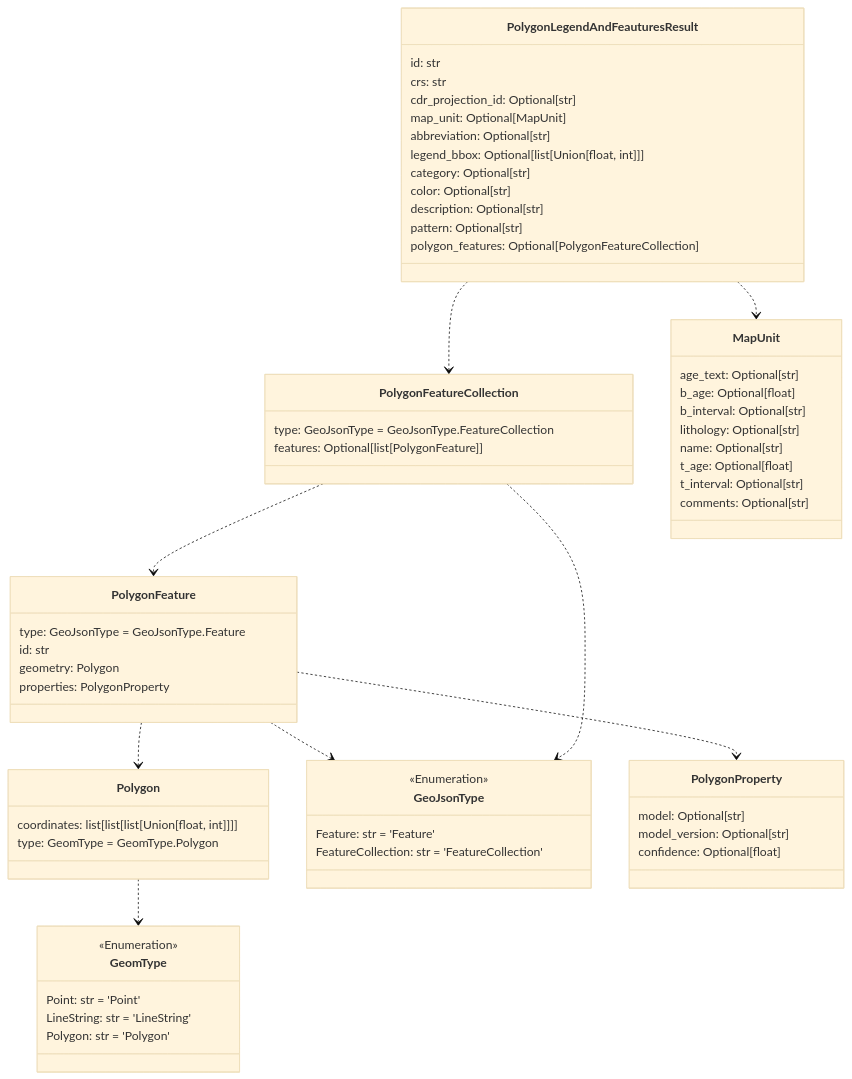
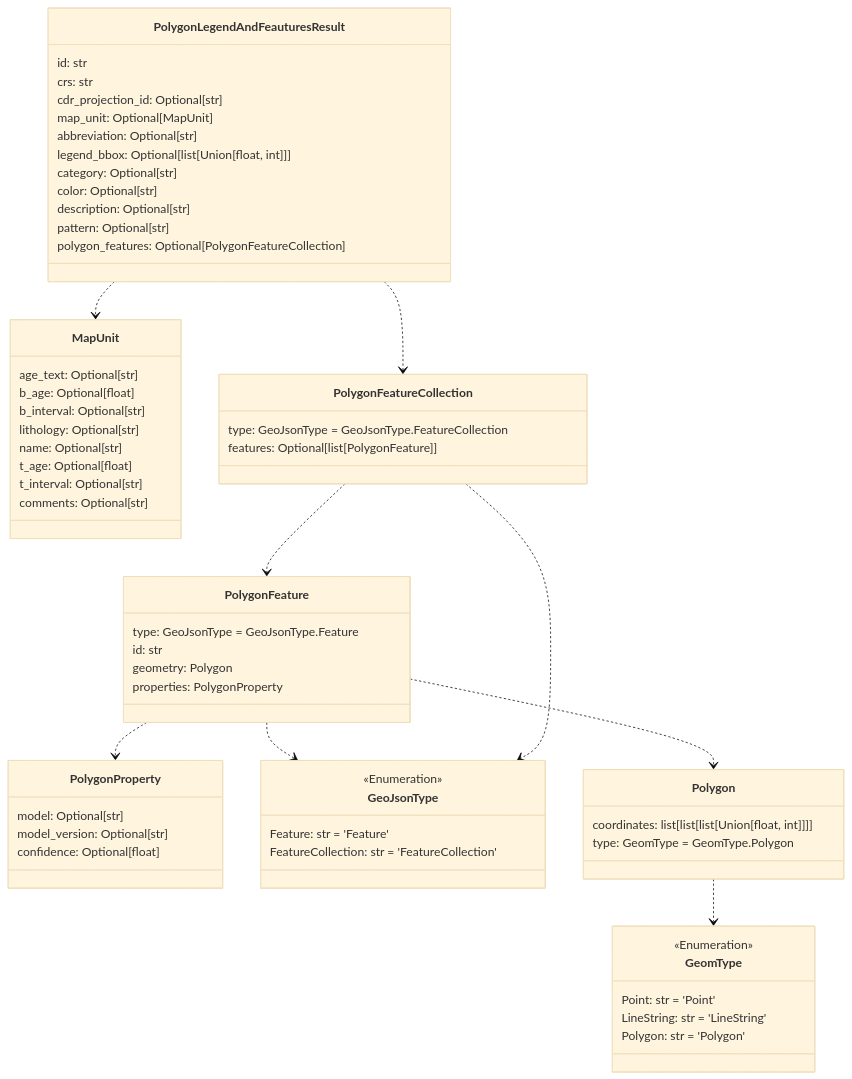
The seventh of 12 diagrams in README.md (DARPA-CRITICALMAAS/cdr_schemas), drawn with Mermaid (base theme) before and after one commit. The commit also changed other lines of this file and 2 other files, not shown here.

````diff
--- a/README.md
+++ b/README.md
@@ -472,75 +488,75 @@
 ```mermaid
 classDiagram
-
-    class Polygon {
-        coordinates: list[list[list[Union[float, int]]]]
-        type: GeomType = GeomType.Polygon
-    }
-
-    class PolygonFeatureCollection {
-        type: GeoJsonType = GeoJsonType.FeatureCollection
-        features: Optional[list[PolygonFeature]]
-    }
-
-    class GeoJsonType {
-        <<Enumeration>>
-        Feature: str = 'Feature'
-        FeatureCollection: str = 'FeatureCollection'
-    }
 
     class PolygonLegendAndFeauturesResult {
         id: str
         crs: str
         cdr_projection_id: Optional[str]
         map_unit: Optional[MapUnit]
         abbreviation: Optional[str]
         legend_bbox: Optional[list[Union[float, int]]]
         category: Optional[str]
         color: Optional[str]
         description: Optional[str]
         pattern: Optional[str]
         polygon_features: Optional[PolygonFeatureCollection]
     }
 
+    class PolygonFeature {
+        type: GeoJsonType = GeoJsonType.Feature
+        id: str
+        geometry: Polygon
+        properties: PolygonProperty
+    }
+
     class PolygonProperty {
         model: Optional[str]
         model_version: Optional[str]
         confidence: Optional[float]
-    }
-
-    class GeomType {
-        <<Enumeration>>
-        Point: str = 'Point'
-        LineString: str = 'LineString'
-        Polygon: str = 'Polygon'
     }
 
     class MapUnit {
         age_text: Optional[str]
         b_age: Optional[float]
         b_interval: Optional[str]
         lithology: Optional[str]
         name: Optional[str]
         t_age: Optional[float]
         t_interval: Optional[str]
         comments: Optional[str]
     }
 
-    class PolygonFeature {
-        type: GeoJsonType = GeoJsonType.Feature
-        id: str
-        geometry: Polygon
-        properties: PolygonProperty
+    class PolygonFeatureCollection {
+        type: GeoJsonType = GeoJsonType.FeatureCollection
+        features: Optional[list[PolygonFeature]]
+    }
+
+    class GeoJsonType {
+        <<Enumeration>>
+        Feature: str = 'Feature'
+        FeatureCollection: str = 'FeatureCollection'
+    }
+
+    class Polygon {
+        coordinates: list[list[list[Union[float, int]]]]
+        type: GeomType = GeomType.Polygon
+    }
+
+    class GeomType {
+        <<Enumeration>>
+        Point: str = 'Point'
+        LineString: str = 'LineString'
+        Polygon: str = 'Polygon'
     }
 
     Polygon ..> GeomType
     PolygonFeature ..> Polygon
     PolygonFeature ..> GeoJsonType
     PolygonFeature ..> PolygonProperty
     PolygonFeatureCollection ..> GeoJsonType
     PolygonFeatureCollection ..> PolygonFeature
+    PolygonLegendAndFeauturesResult ..> PolygonFeatureCollection
     PolygonLegendAndFeauturesResult ..> MapUnit
-    PolygonLegendAndFeauturesResult ..> PolygonFeatureCollection
 
 
 ```
````
